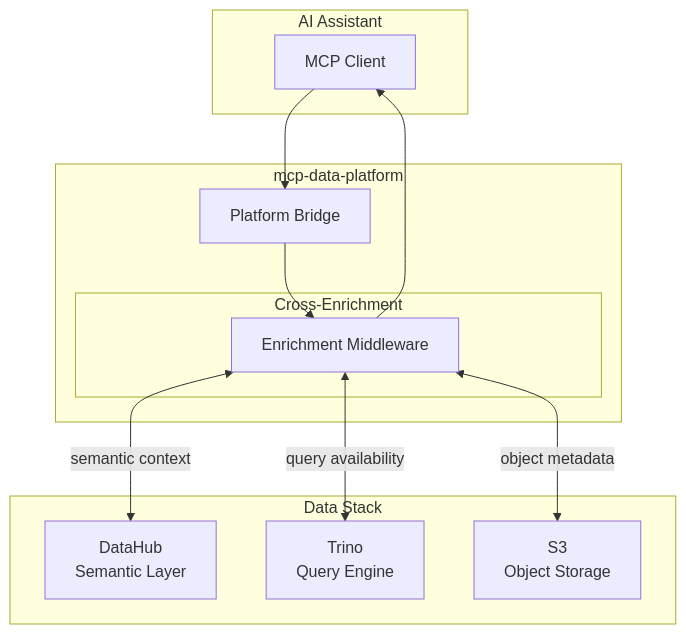
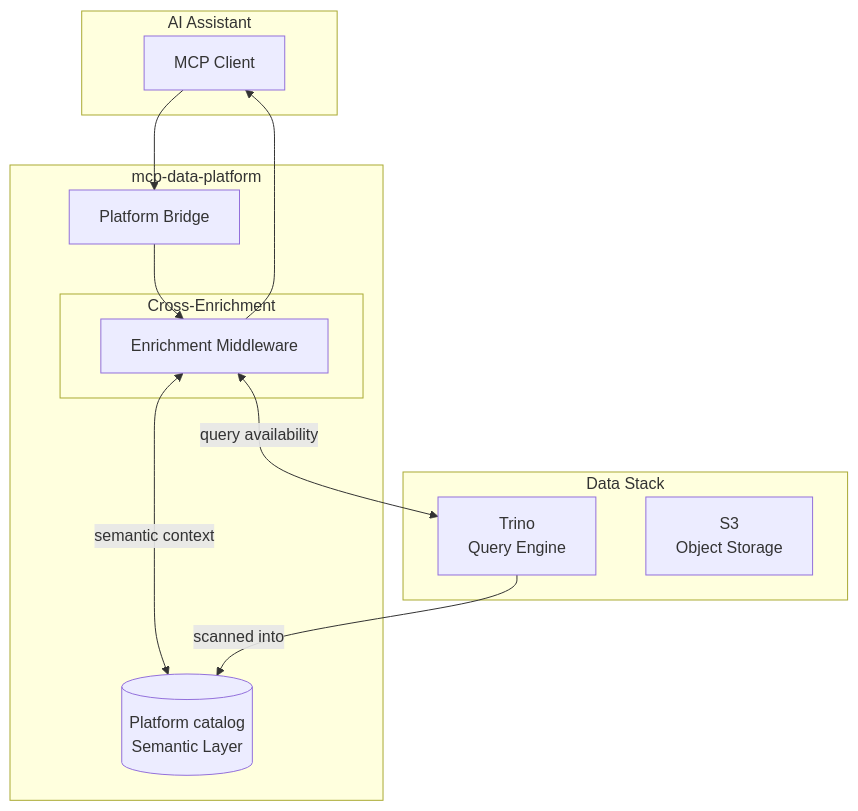
One commit to txn2/mcp-data-platform changed the diagram in docs/concepts/components.md. Above: the diagram before and after it, drawn with Mermaid. The commit also changed other lines of this file and 746 other files, not shown here.

First line of the commit message:
feat(catalog): portal catalog, search/fetch reads, DataHub removed (#1916) (#2123)

````diff
--- a/docs/concepts/components.md
+++ b/docs/concepts/components.md
@@ -258,27 +245,27 @@
 ```mermaid
 graph TB
     subgraph "AI Assistant"
         Client[MCP Client]
     end
 
     subgraph "mcp-data-platform"
         Platform[Platform Bridge]
+        Catalog[(Platform catalog<br/>Semantic Layer)]
 
         subgraph "Cross-Enrichment"
             Enrich[Enrichment Middleware]
         end
     end
 
     subgraph "Data Stack"
-        DataHub[DataHub<br/>Semantic Layer]
         Trino[Trino<br/>Query Engine]
         S3[S3<br/>Object Storage]
     end
 
     Client --> Platform
     Platform --> Enrich
-    Enrich <-->|semantic context| DataHub
+    Enrich <-->|semantic context| Catalog
     Enrich <-->|query availability| Trino
-    Enrich <-->|object metadata| S3
+    Trino -->|scanned into| Catalog
     Enrich --> Client
 ```
````
